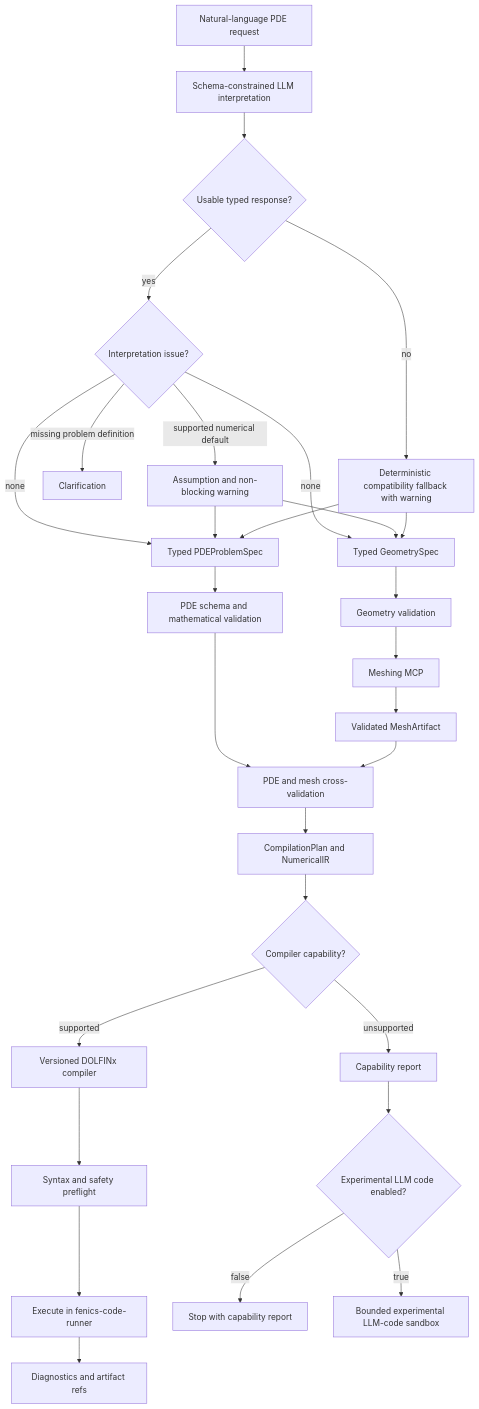
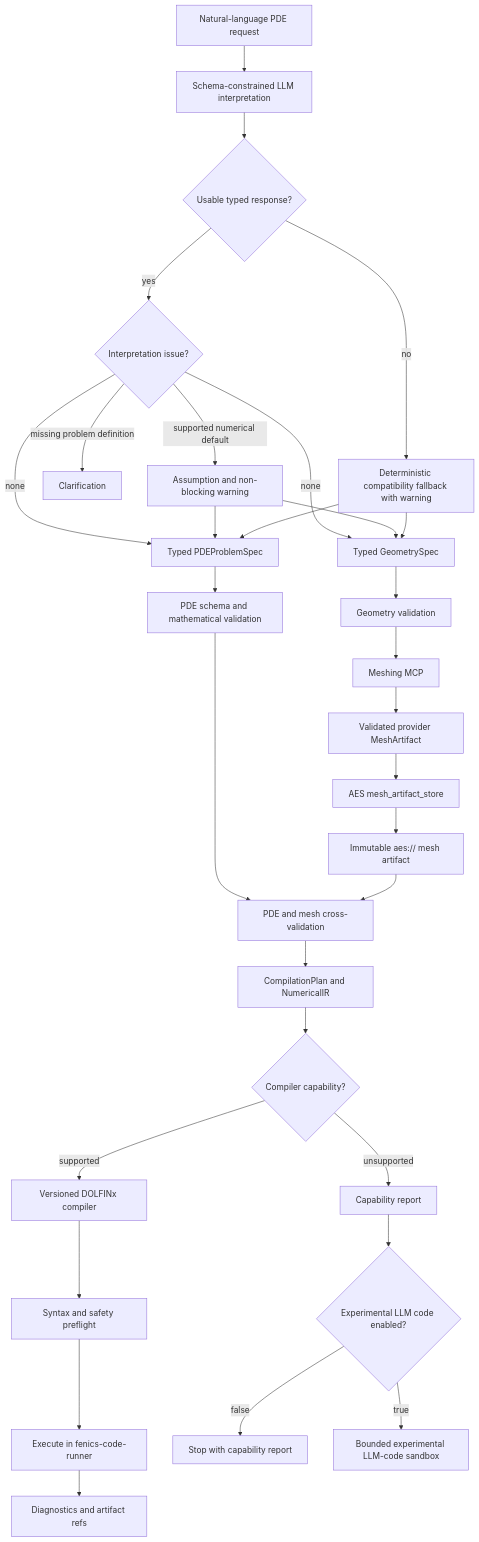
The seventh of 10 diagrams in langgraph/architecture.md (RadmirG/AES), drawn with Mermaid before and after one commit. The commit also changed other lines of this file and 20 other files, not shown here.

````diff
--- a/langgraph/architecture.md
+++ b/langgraph/architecture.md
@@ -248,31 +251,33 @@
 ```mermaid
 flowchart TD
     A["Natural-language PDE request"] --> AI["Schema-constrained LLM interpretation"]
     AI --> AV{"Usable typed response?"}
     AV -->|yes| AS{"Interpretation issue?"}
     AS -->|none| B["Typed PDEProblemSpec"]
     AS -->|none| C["Typed GeometrySpec"]
     AS -->|supported numerical default| AW["Assumption and non-blocking warning"]
     AW --> B
     AW --> C
     AS -->|missing problem definition| AX["Clarification"]
     AV -->|no| AF["Deterministic compatibility fallback with warning"]
     AF --> B
     AF --> C
     B --> D["PDE schema and mathematical validation"]
     C --> E["Geometry validation"]
     E --> F["Meshing MCP"]
-    F --> G["Validated MeshArtifact"]
+    F --> G["Validated provider MeshArtifact"]
+    G --> GS["AES mesh_artifact_store"]
+    GS --> GA["Immutable aes:// mesh artifact"]
     D --> H["PDE and mesh cross-validation"]
-    G --> H
+    GA --> H
     H --> I["CompilationPlan and NumericalIR"]
     I --> J{"Compiler capability?"}
     J -->|supported| K["Versioned DOLFINx compiler"]
     K --> L["Syntax and safety preflight"]
     L --> M["Execute in fenics-code-runner"]
     M --> N["Diagnostics and artifact refs"]
     J -->|unsupported| O["Capability report"]
     O --> P{"Experimental LLM code enabled?"}
     P -->|false| Q["Stop with capability report"]
     P -->|true| R["Bounded experimental LLM-code sandbox"]
 ```
````
